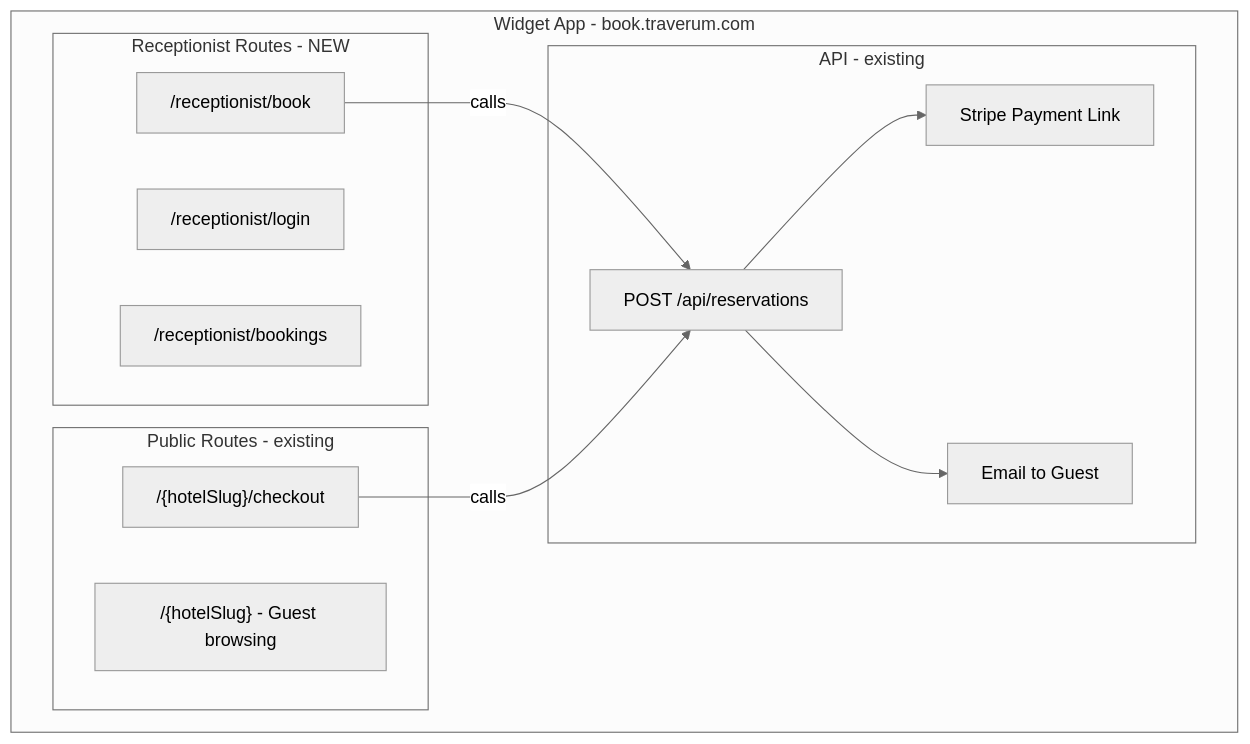
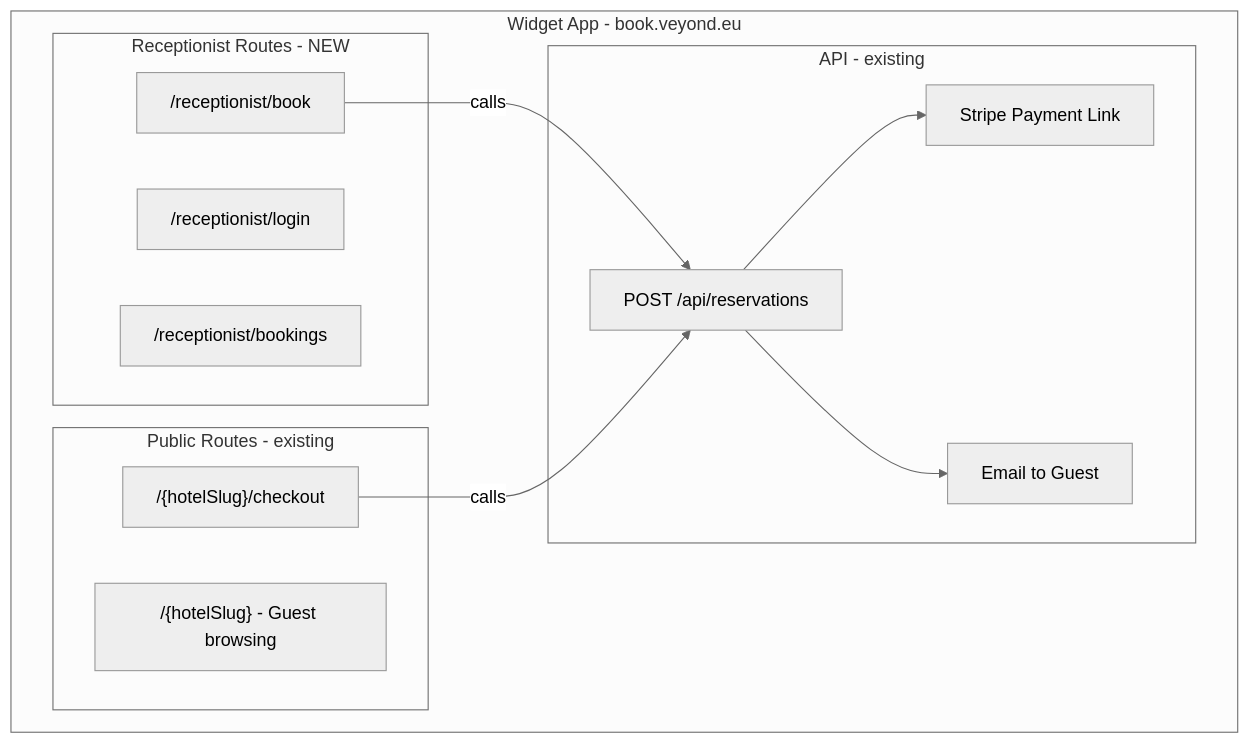
One commit to traverum/traverum changed the first of 2 diagrams in docs/planning/receptionist-tool-implementation.md. Above: the diagram before and after it, drawn with Mermaid (neutral theme). The commit also changed other lines of this file and 39 other files, not shown here.

````diff
--- a/docs/planning/receptionist-tool-implementation.md
+++ b/docs/planning/receptionist-tool-implementation.md
@@ -9,23 +9,23 @@
 ```mermaid
 flowchart TD
-    subgraph widgetApp ["Widget App - book.traverum.com"]
+    subgraph widgetApp ["Widget App - book.veyond.eu"]
         subgraph publicRoutes ["Public Routes - existing"]
             G1["/{hotelSlug} - Guest browsing"]
             G2["/{hotelSlug}/checkout"]
         end
         subgraph receptionistRoutes ["Receptionist Routes - NEW"]
             R1["/receptionist/login"]
             R2["/receptionist/book"]
             R3["/receptionist/bookings"]
         end
         subgraph apiRoutes ["API - existing"]
             A1["POST /api/reservations"]
             A2["Stripe Payment Link"]
             A3["Email to Guest"]
         end
     end
     R2 -->|"calls"| A1
     G2 -->|"calls"| A1
     A1 --> A2
     A1 --> A3
 ```
````
